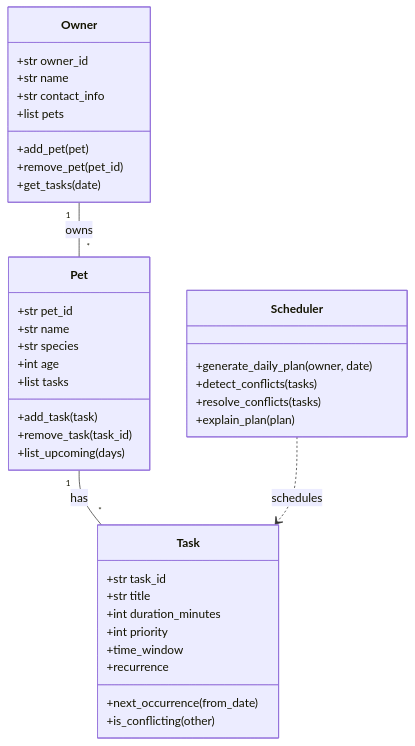
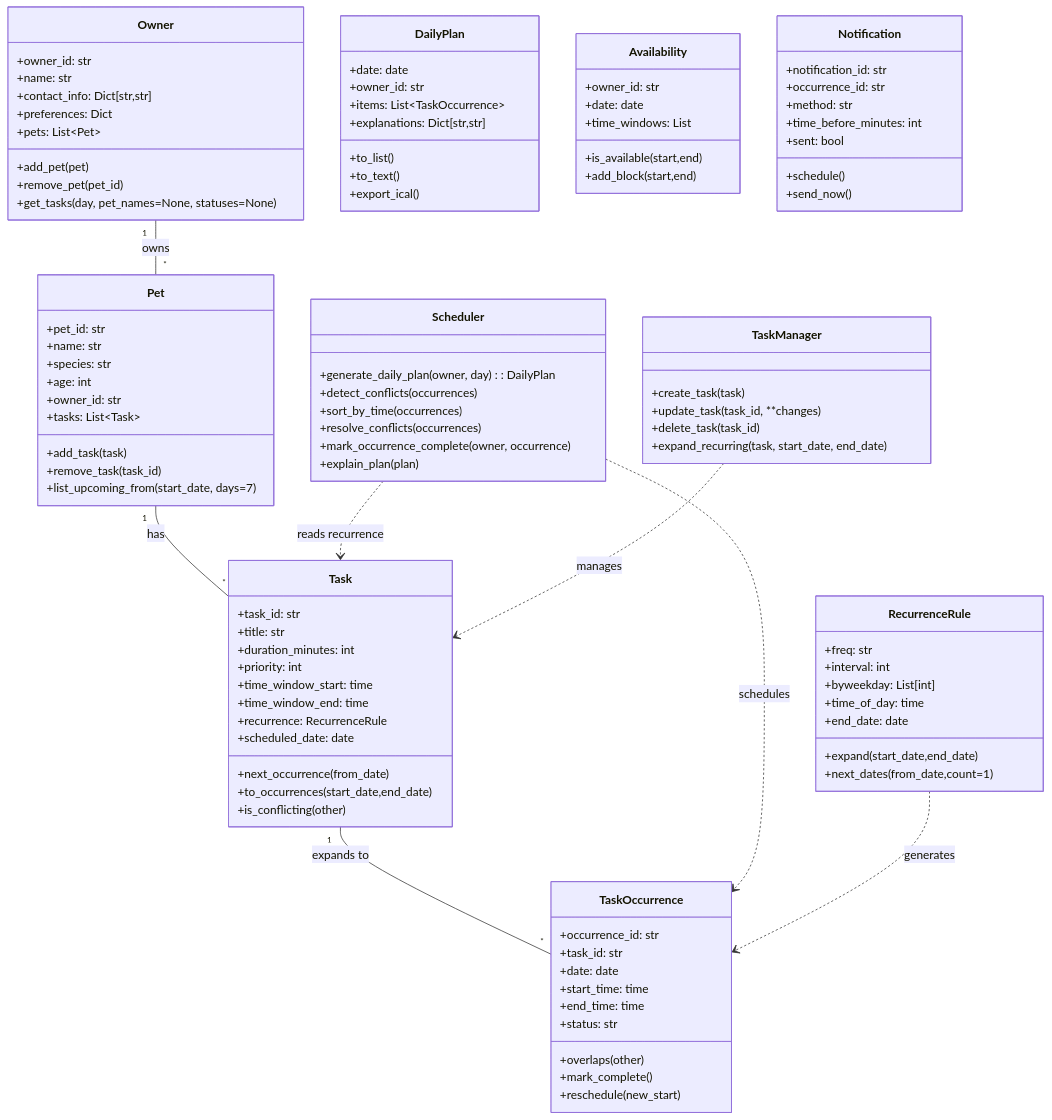
The diagram in reflection.md (vasubawa/ai110-module2show-pawpal-starter), drawn with Mermaid before and after one commit. The commit also changed other lines of this file and 5 other files, not shown here.

````diff
--- a/reflection.md
+++ b/reflection.md
@@ -16,42 +12,104 @@
 ```mermaid
 classDiagram
 	class Owner {
-		+str owner_id
-		+str name
-		+str contact_info
-		+list pets
+		+owner_id: str
+		+name: str
+		+contact_info: Dict[str,str]
+		+preferences: Dict
+		+pets: List~Pet~
 		+add_pet(pet)
 		+remove_pet(pet_id)
-		+get_tasks(date)
+		+get_tasks(day, pet_names=None, statuses=None)
 	}
 	class Pet {
-		+str pet_id
-		+str name
-		+str species
-		+int age
-		+list tasks
+		+pet_id: str
+		+name: str
+		+species: str
+		+age: int
+		+owner_id: str
+		+tasks: List~Task~
 		+add_task(task)
 		+remove_task(task_id)
-		+list_upcoming(days)
+		+list_upcoming_from(start_date, days=7)
 	}
 	class Task {
-		+str task_id
-		+str title
-		+int duration_minutes
-		+int priority
-		+time_window
-		+recurrence
+		+task_id: str
+		+title: str
+		+duration_minutes: int
+		+priority: int
+		+time_window_start: time
+		+time_window_end: time
+		+recurrence: RecurrenceRule
+		+scheduled_date: date
 		+next_occurrence(from_date)
+		+to_occurrences(start_date,end_date)
 		+is_conflicting(other)
 	}
+	class RecurrenceRule {
+		+freq: str
+		+interval: int
+		+byweekday: List[int]
+		+time_of_day: time
+		+end_date: date
+		+expand(start_date,end_date)
+		+next_dates(from_date,count=1)
+	}
+	class TaskOccurrence {
+		+occurrence_id: str
+		+task_id: str
+		+date: date
+		+start_time: time
+		+end_time: time
+		+status: str
+		+overlaps(other)
+		+mark_complete()
+		+reschedule(new_start)
+	}
 	class Scheduler {
-		+generate_daily_plan(owner, date)
-		+detect_conflicts(tasks)
-		+resolve_conflicts(tasks)
+		+generate_daily_plan(owner, day): DailyPlan
+		+detect_conflicts(occurrences)
+		+sort_by_time(occurrences)
+		+resolve_conflicts(occurrences)
+		+mark_occurrence_complete(owner, occurrence)
 		+explain_plan(plan)
+	}
+	class DailyPlan {
+		+date: date
+		+owner_id: str
+		+items: List~TaskOccurrence~
+		+explanations: Dict[str,str]
+		+to_list()
+		+to_text()
+		+export_ical()
+	}
+	class TaskManager {
+		+create_task(task)
+		+update_task(task_id, **changes)
+		+delete_task(task_id)
+		+expand_recurring(task, start_date, end_date)
+	}
+	class Availability {
+		+owner_id: str
+		+date: date
+		+time_windows: List
+		+is_available(start,end)
+		+add_block(start,end)
+	}
+	class Notification {
+		+notification_id: str
+		+occurrence_id: str
+		+method: str
+		+time_before_minutes: int
+		+sent: bool
+		+schedule()
+		+send_now()
 	}
 
 	Owner "1" -- "*" Pet : owns
 	Pet "1" -- "*" Task : has
-	Scheduler ..> Task : schedules
+	Task "1" -- "*" TaskOccurrence : expands to
+	Scheduler ..> TaskOccurrence : schedules
+	Scheduler ..> Task : reads recurrence
+	TaskManager ..> Task : manages
+	RecurrenceRule ..> TaskOccurrence : generates
 ```
````
